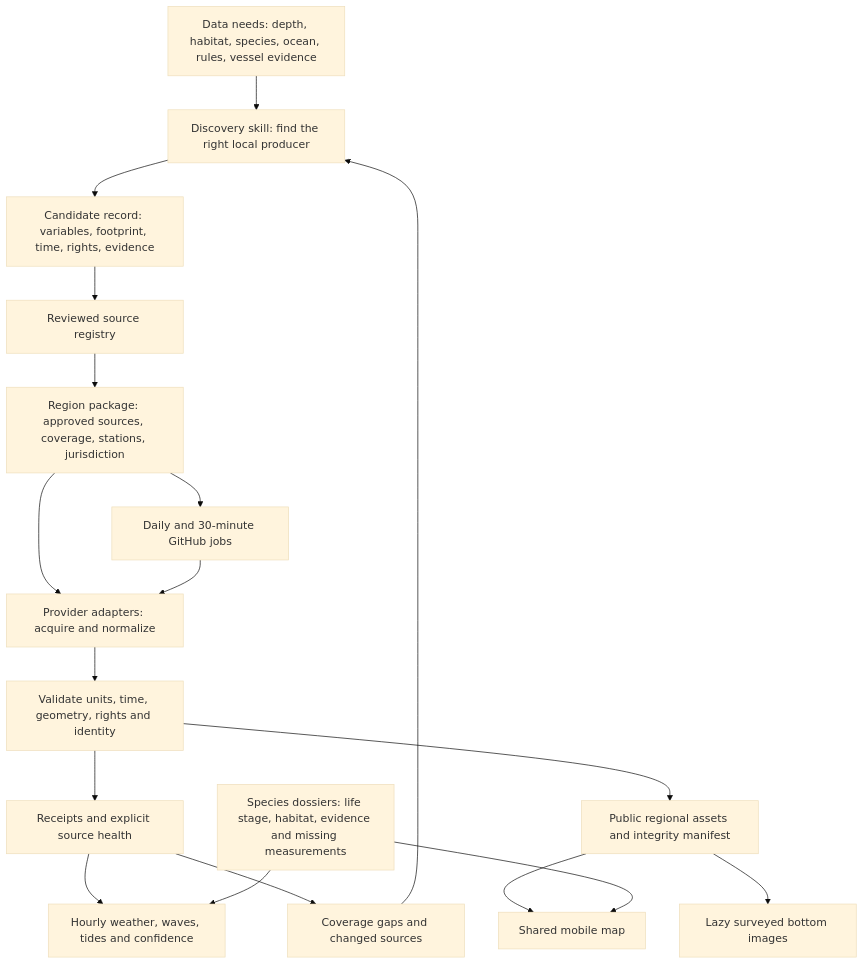
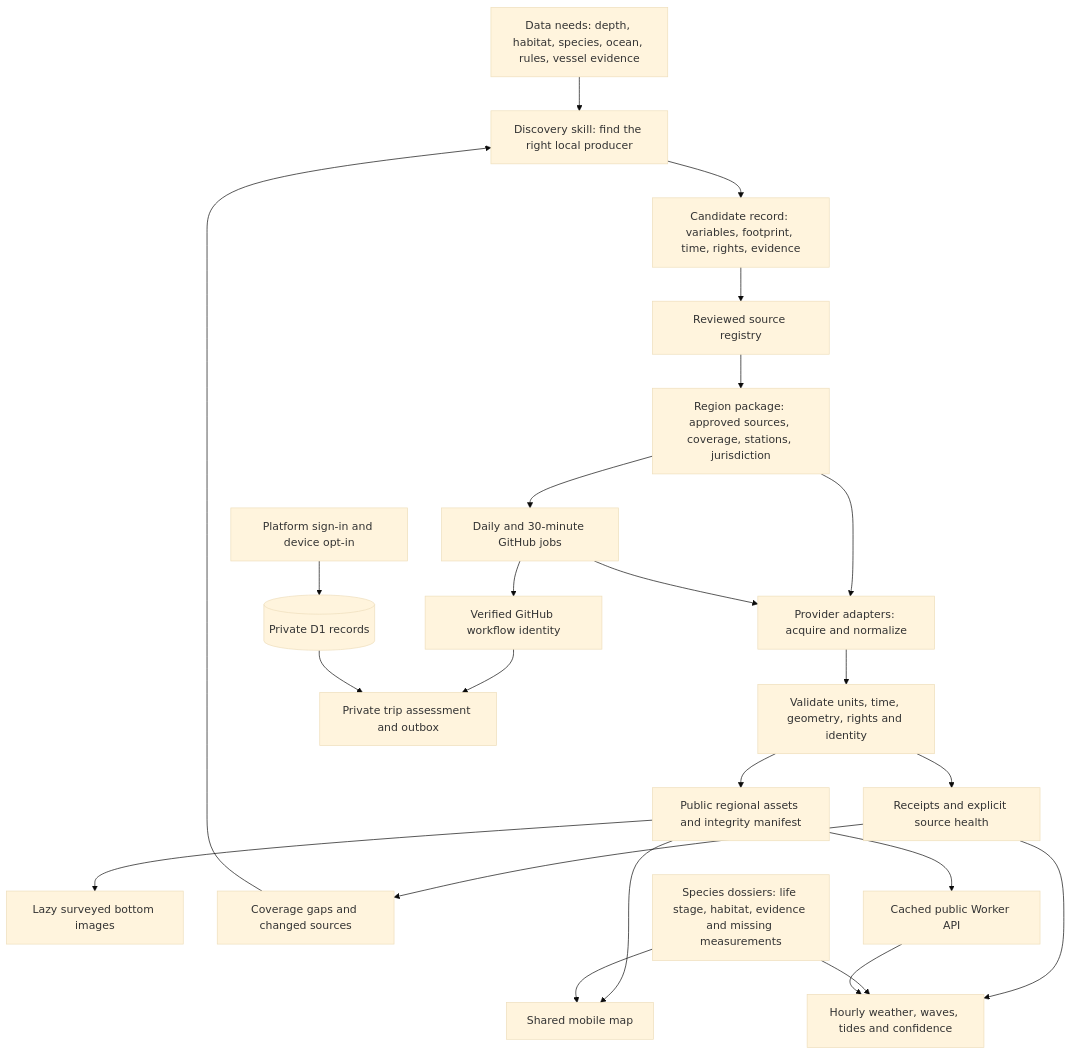
One commit to Grahammmm/skippercast changed the diagram in docs/platform.md. Above: the diagram before and after it, drawn with Mermaid (base theme). The commit also changed other lines of this file and 223 other files, not shown here.

First line of the commit message:
Add regional ocean intelligence, evidence tools and private trip alerts

````diff
--- a/docs/platform.md
+++ b/docs/platform.md
@@ -5,20 +5,26 @@
 ```mermaid
 flowchart TD
   N[Data needs: depth, habitat, species, ocean, rules, vessel evidence] --> D[Discovery skill: find the right local producer]
   D --> C[Candidate record: variables, footprint, time, rights, evidence]
   C --> R[Reviewed source registry]
   R --> P[Region package: approved sources, coverage, stations, jurisdiction]
   P --> A[Provider adapters: acquire and normalize]
   A --> V[Validate units, time, geometry, rights and identity]
   V --> H[Receipts and explicit source health]
   V --> Q[Public regional assets and integrity manifest]
   Q --> M[Shared mobile map]
   Q --> B[Lazy surveyed bottom images]
   H --> W[Hourly weather, waves, tides and confidence]
   P --> J[Daily and 30-minute GitHub jobs]
   J --> A
   H --> G[Coverage gaps and changed sources]
   G --> D
   S[Species dossiers: life stage, habitat, evidence and missing measurements] --> M
   S --> W
+  Q --> API[Cached public Worker API]
+  API --> W
+  J --> OIDC[Verified GitHub workflow identity]
+  OIDC --> AL[Private trip assessment and outbox]
+  AUTH[Platform sign-in and device opt-in] --> DB[(Private D1 records)]
+  DB --> AL
 ```
````
